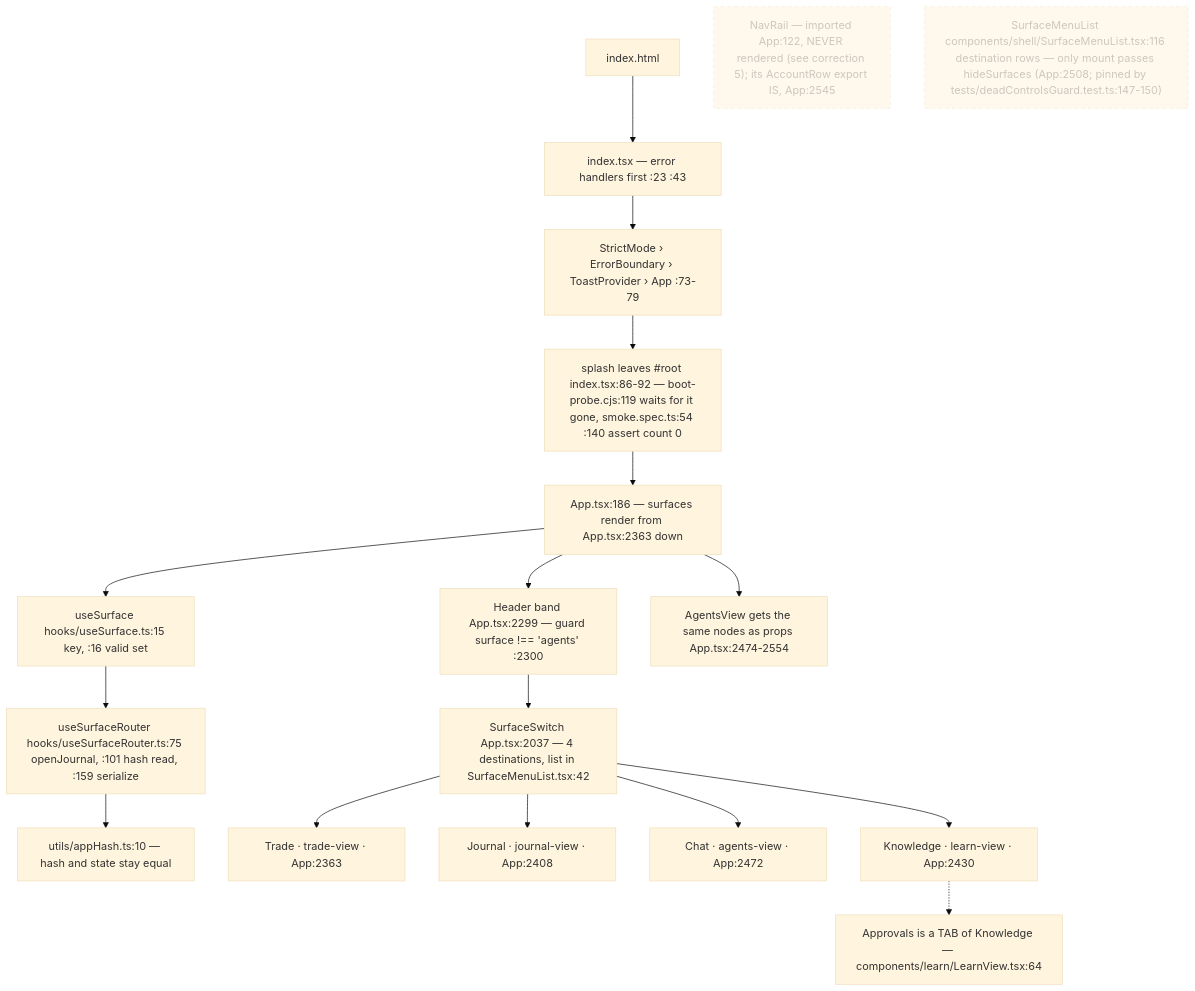
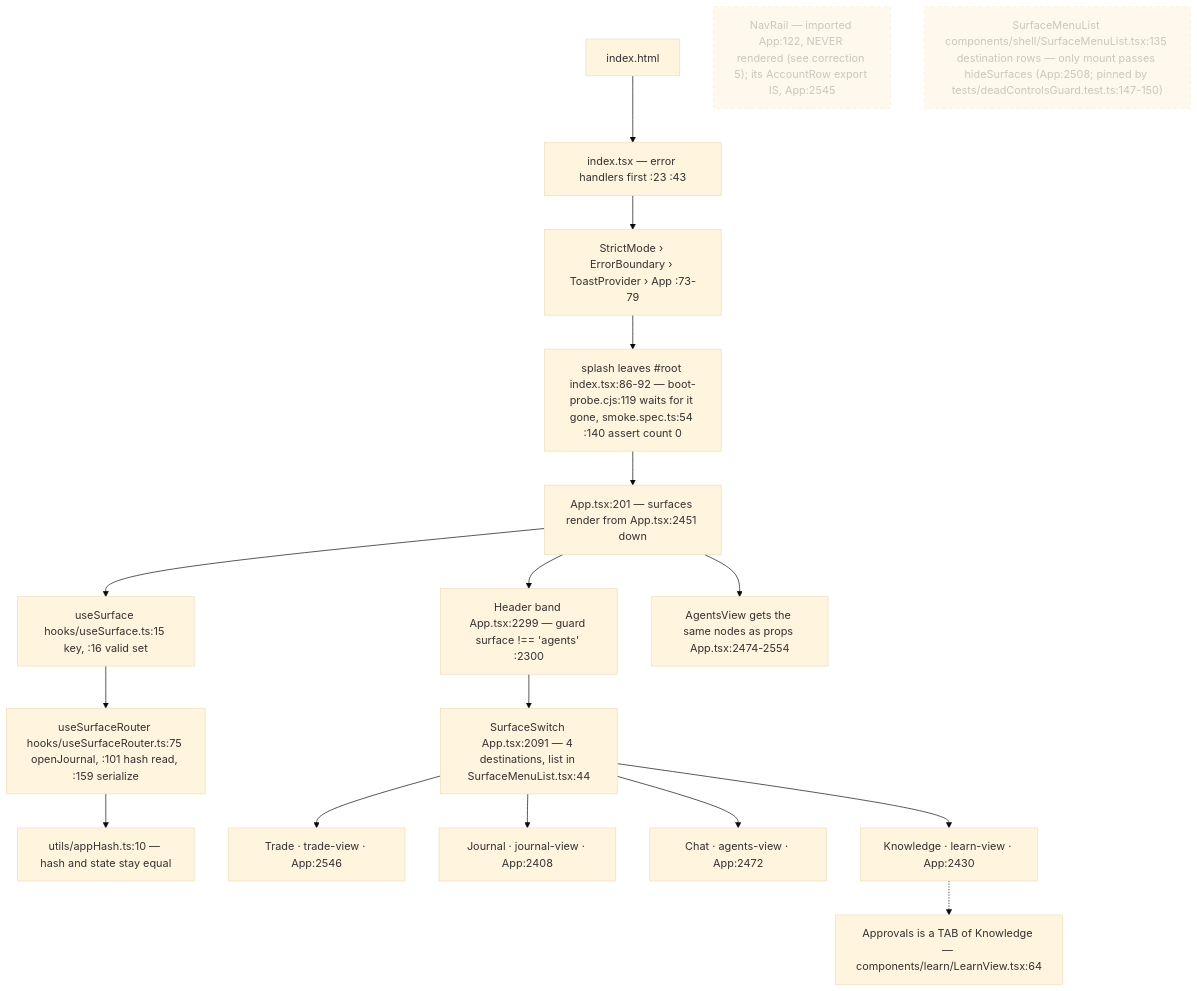
One commit to Acepay25/august-3.5 changed the first of 7 diagrams in docs/app-flow.md. Above: the diagram before and after it, drawn with Mermaid (base theme). The commit also changed other lines of this file and 183 other files, not shown here.

````diff
--- a/docs/app-flow.md
+++ b/docs/app-flow.md
@@ -32,21 +32,21 @@
 ```mermaid
 flowchart TD
     H["index.html"] --> I["index.tsx — error handlers first :23 :43"]
     I --> S["StrictMode › ErrorBoundary › ToastProvider › App :73-79"]
     S --> SP["splash leaves #root index.tsx:86-92 — boot-probe.cjs:119 waits for it gone, smoke.spec.ts:54 :140 assert count 0"]
-    SP --> APP["App.tsx:186 — surfaces render from App.tsx:2363 down"]
+    SP --> APP["App.tsx:201 — surfaces render from App.tsx:2451 down"]
     APP --> US["useSurface hooks/useSurface.ts:15 key, :16 valid set"]
     US --> UR["useSurfaceRouter hooks/useSurfaceRouter.ts:75 openJournal, :101 hash read, :159 serialize"]
     UR --> HASH["utils/appHash.ts:10 — hash and state stay equal"]
     APP --> HD["Header band App.tsx:2299 — guard surface !== 'agents' :2300"]
-    HD --> SW["SurfaceSwitch App.tsx:2037 — 4 destinations, list in SurfaceMenuList.tsx:42"]
+    HD --> SW["SurfaceSwitch App.tsx:2091 — 4 destinations, list in SurfaceMenuList.tsx:44"]
     APP --> AV["AgentsView gets the same nodes as props App.tsx:2474-2554"]
-    SW --> T["Trade · trade-view · App:2363"]
+    SW --> T["Trade · trade-view · App:2546"]
     SW --> J["Journal · journal-view · App:2408"]
     SW --> C["Chat · agents-view · App:2472"]
     SW --> K["Knowledge · learn-view · App:2430"]
     K -.-> AP["Approvals is a TAB of Knowledge — components/learn/LearnView.tsx:64"]
     NR["NavRail — imported App:122, NEVER rendered (see correction 5); its AccountRow export IS, App:2545"]:::dead
-    SM["SurfaceMenuList components/shell/SurfaceMenuList.tsx:116 destination rows — only mount passes hideSurfaces (App:2508; pinned by tests/deadControlsGuard.test.ts:147-150)"]:::dead
+    SM["SurfaceMenuList components/shell/SurfaceMenuList.tsx:135 destination rows — only mount passes hideSurfaces (App:2508; pinned by tests/deadControlsGuard.test.ts:147-150)"]:::dead
     classDef dead stroke-dasharray: 5 5,opacity:.5
 ```
````
